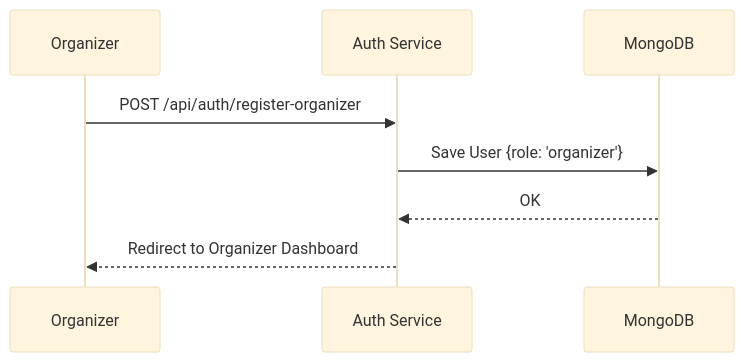
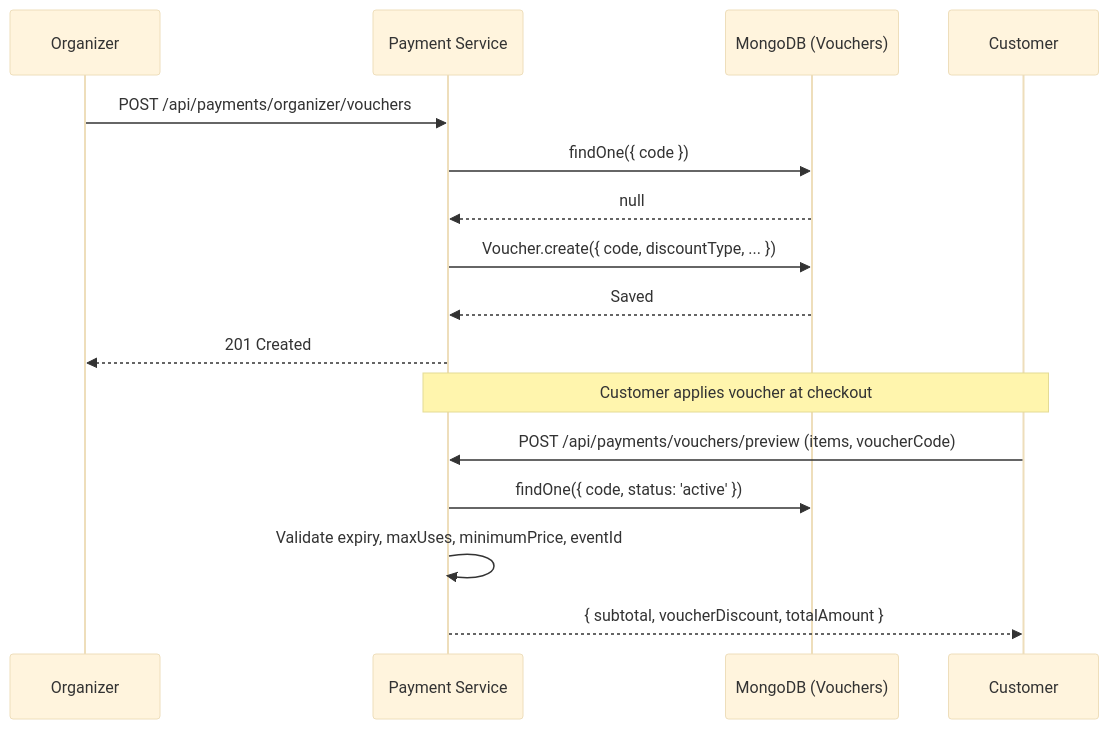
Diagram 20 of 42 in doc/UML/Nam_BookingOrg.md (SDN-Group5/Event-Ticketing-Platform), drawn with Mermaid (base theme) before and after one commit. The commit also changed other lines of this file and 2 other files, not shown here.

````diff
--- a/doc/UML/Nam_BookingOrg.md
+++ b/doc/UML/Nam_BookingOrg.md
@@ -174,10 +600,20 @@
 ```mermaid
 sequenceDiagram
     participant O as Organizer
-    participant A as Auth Service
-    participant DB as MongoDB
-    O->>A: POST /api/auth/register-organizer
-    A->>DB: Save User {role: 'organizer'}
-    DB-->>A: OK
-    A-->>O: Redirect to Organizer Dashboard
+    participant PS as Payment Service
+    participant DB as MongoDB (Vouchers)
+    participant C as Customer
+
+    O->>PS: POST /api/payments/organizer/vouchers
+    PS->>DB: findOne({ code })
+    DB-->>PS: null
+    PS->>DB: Voucher.create({ code, discountType, ... })
+    DB-->>PS: Saved
+    PS-->>O: 201 Created
+
+    Note over C, PS: Customer applies voucher at checkout
+    C->>PS: POST /api/payments/vouchers/preview (items, voucherCode)
+    PS->>DB: findOne({ code, status: 'active' })
+    PS->>PS: Validate expiry, maxUses, minimumPrice, eventId
+    PS-->>C: { subtotal, voucherDiscount, totalAmount }
 ```
````
